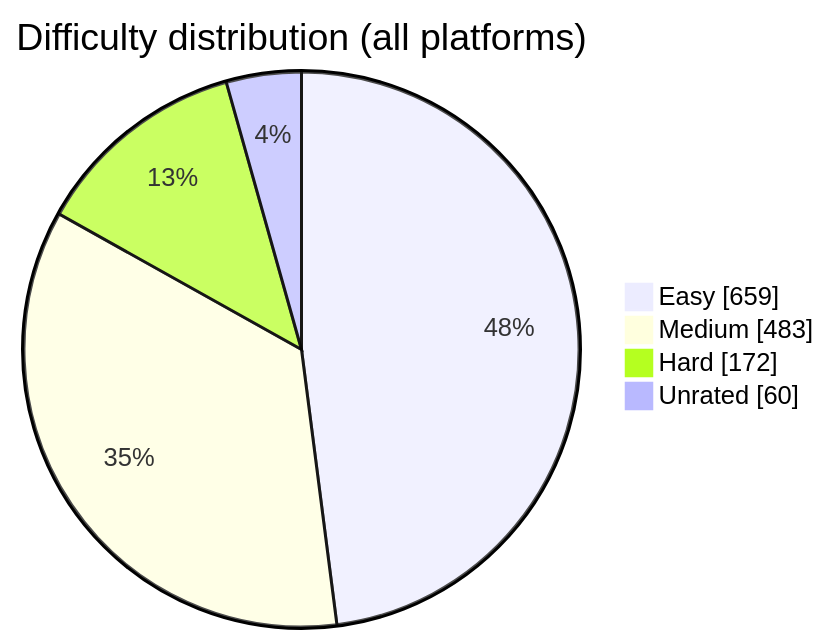
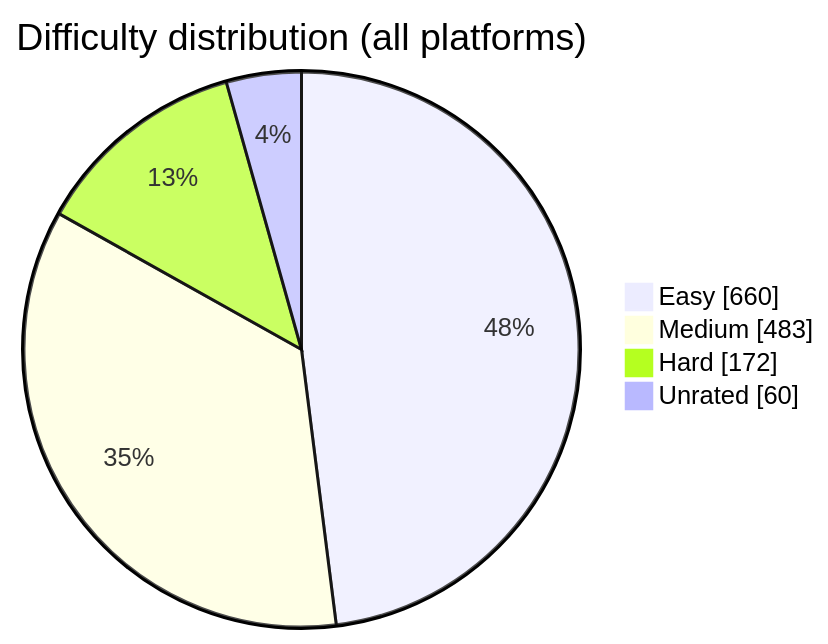
Before and after one commit to BuildbyArindam/Daily-Coding-Log: the diagram in README.md, drawn with Mermaid. The commit also changed other lines of this file, not shown here.

````diff
--- a/README.md
+++ b/README.md
@@ -93,7 +93,7 @@
 ```mermaid
 pie showData title Difficulty distribution (all platforms)
-    "Easy" : 659
+    "Easy" : 660
     "Medium" : 483
     "Hard" : 172
     "Unrated" : 60
 ```
````
